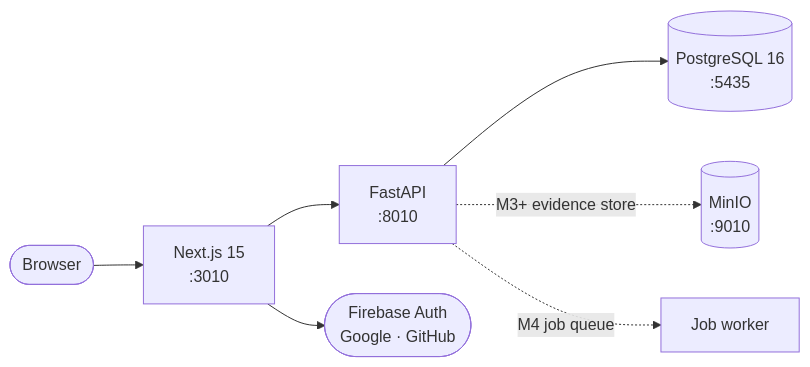
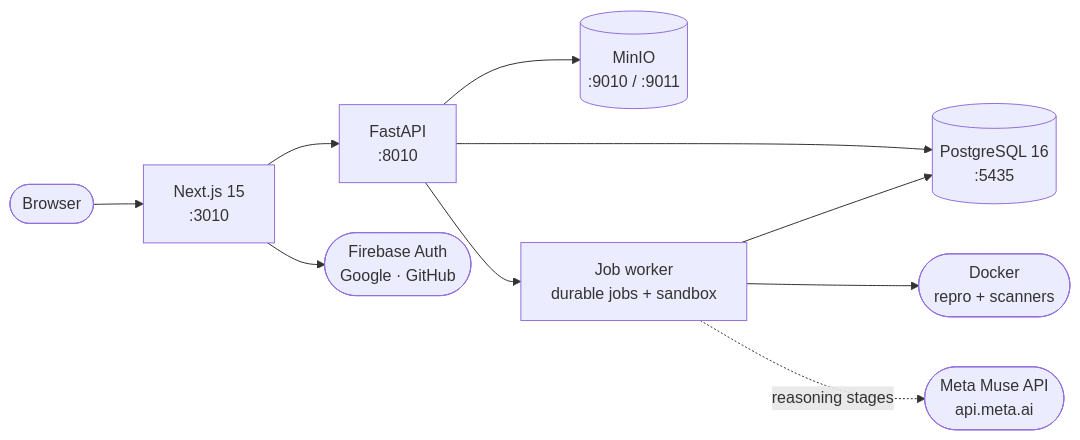
Before and after one commit to VivekChaurasiya95/Meridian-AI: the diagram in README.md, drawn with Mermaid. The commit also changed other lines of this file and 2 other files, not shown here.

````diff
--- a/README.md
+++ b/README.md
@@ -80,9 +89,12 @@
 ```mermaid
 flowchart LR
     Browser(["Browser"]) --> Web["Next.js 15<br/>:3010"]
     Web --> API["FastAPI<br/>:8010"]
     API --> DB[("PostgreSQL 16<br/>:5435")]
     Web --> Firebase(["Firebase Auth<br/>Google · GitHub"])
-    API -. "M3+ evidence store" .-> MinIO[("MinIO<br/>:9010")]
-    API -. "M4 job queue" .-> Worker["Job worker"]
+    API --> MinIO[("MinIO<br/>:9010 / :9011")]
+    API --> Worker["Job worker<br/>durable jobs + sandbox"]
+    Worker --> DB
+    Worker --> Docker(["Docker<br/>repro + scanners"])
+    Worker -. "reasoning stages" .-> Muse(["Meta Muse API<br/>api.meta.ai"])
 ```
````
